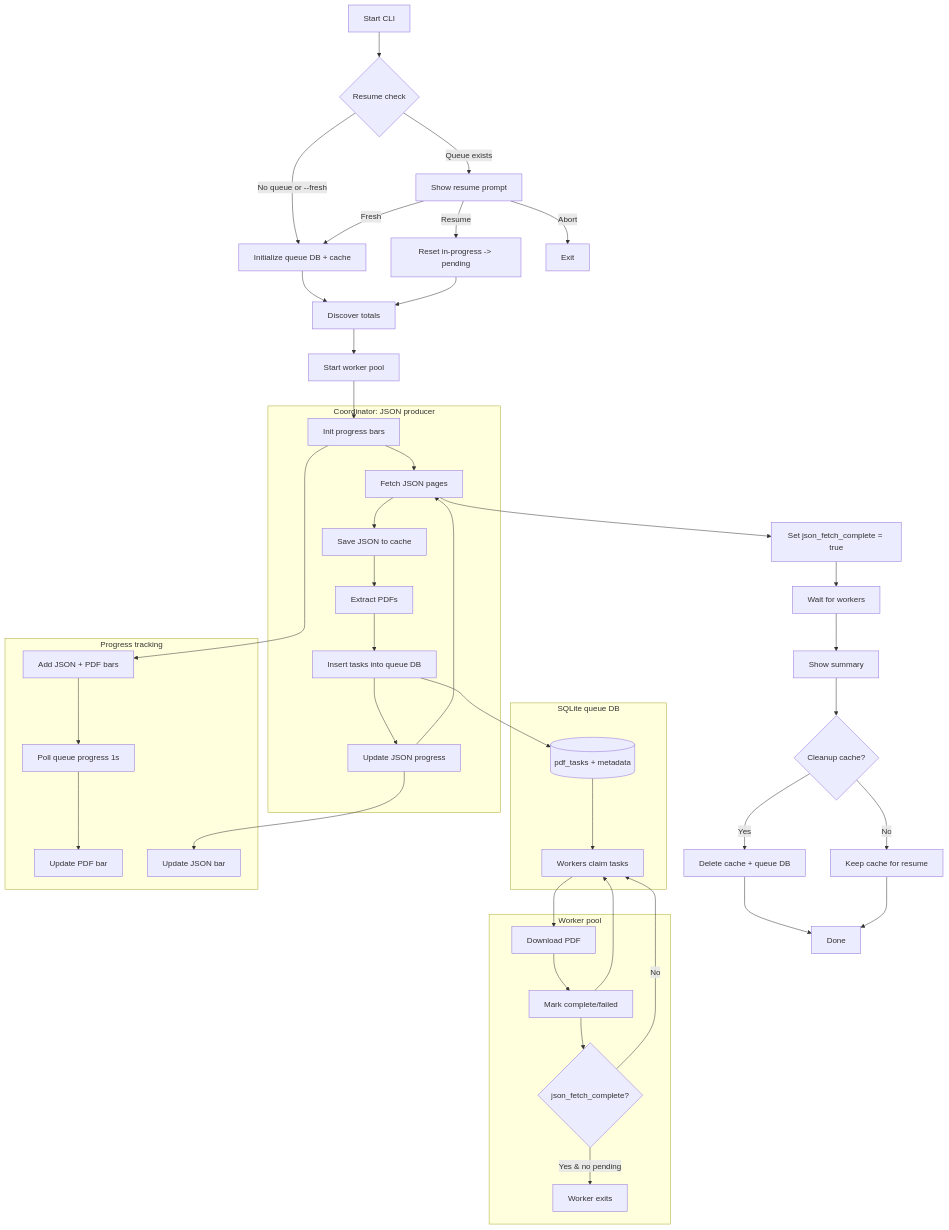
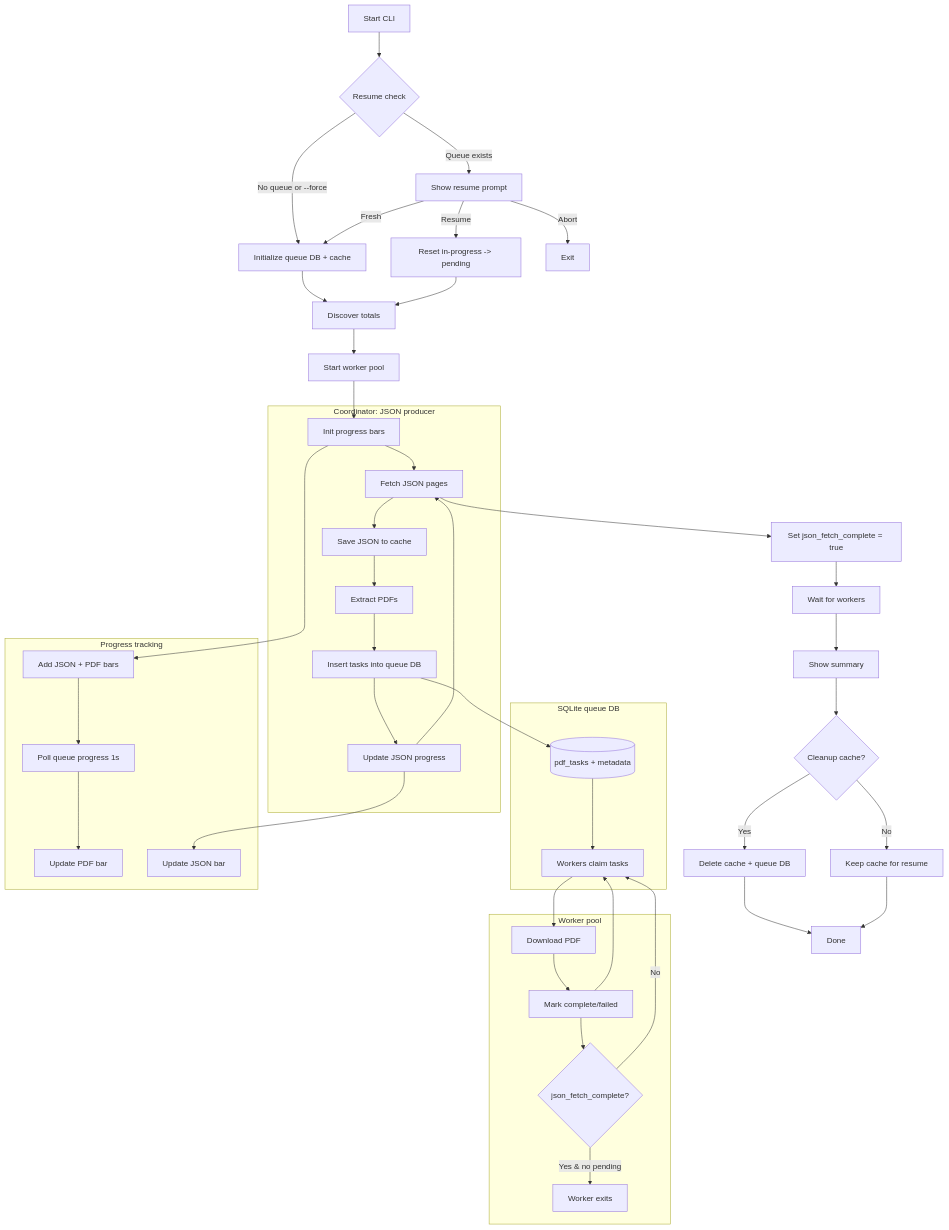
Before and after one commit to iammorpheuszion/ef-dl: the diagram in README.md, drawn with Mermaid. The commit also changed other lines of this file and 14 other files, not shown here.

````diff
--- a/README.md
+++ b/README.md
@@ -309,54 +378,54 @@
 ```mermaid
 flowchart TD
     A[Start CLI] --> B{Resume check}
-    B -->|No queue or --fresh| C[Initialize queue DB + cache]
+    B -->|No queue or --force| C[Initialize queue DB + cache]
     B -->|Queue exists| D[Show resume prompt]
     D -->|Resume| E[Reset in-progress -> pending]
     D -->|Fresh| C
     D -->|Abort| Z[Exit]
 
     C --> F[Discover totals]
     E --> F
     F --> G[Start worker pool]
     G --> H[Init progress bars]
 
     subgraph Producer[Coordinator: JSON producer]
       H --> I[Fetch JSON pages]
       I --> J[Save JSON to cache]
       J --> K[Extract PDFs]
       K --> L[Insert tasks into queue DB]
       L --> M[Update JSON progress]
       M --> I
     end
 
     subgraph Queue[SQLite queue DB]
       L --> Q[(pdf_tasks + metadata)]
       Q --> N[Workers claim tasks]
     end
 
     subgraph Workers[Worker pool]
       N --> O[Download PDF]
       O --> P[Mark complete/failed]
       P --> N
       P --> R{json_fetch_complete?}
       R -->|No| N
       R -->|Yes & no pending| S[Worker exits]
     end
 
     I --> T[Set json_fetch_complete = true]
     T --> U[Wait for workers]
 
     subgraph Progress[Progress tracking]
       H --> V[Add JSON + PDF bars]
       V --> W[Poll queue progress 1s]
       W --> X[Update PDF bar]
       M --> Y[Update JSON bar]
     end
 
     U --> AA[Show summary]
     AA --> AB{Cleanup cache?}
     AB -->|Yes| AC[Delete cache + queue DB]
     AB -->|No| AD[Keep cache for resume]
     AC --> AE[Done]
     AD --> AE[Done]
 ```
````
